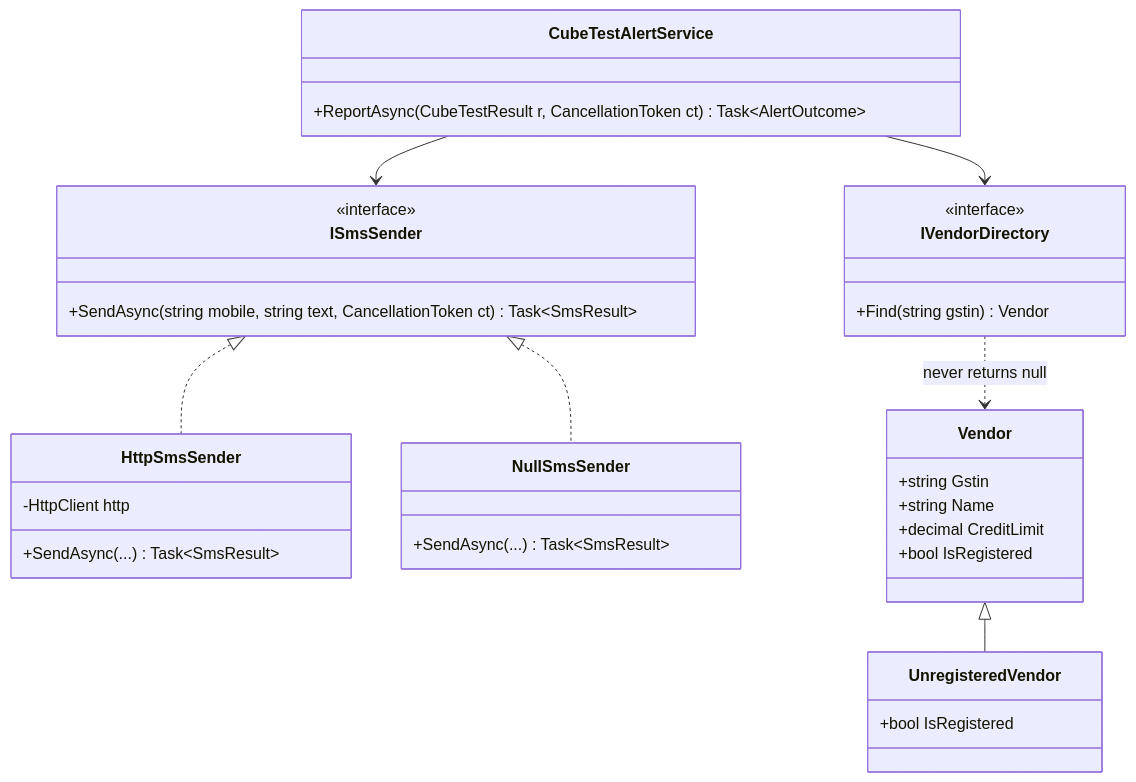
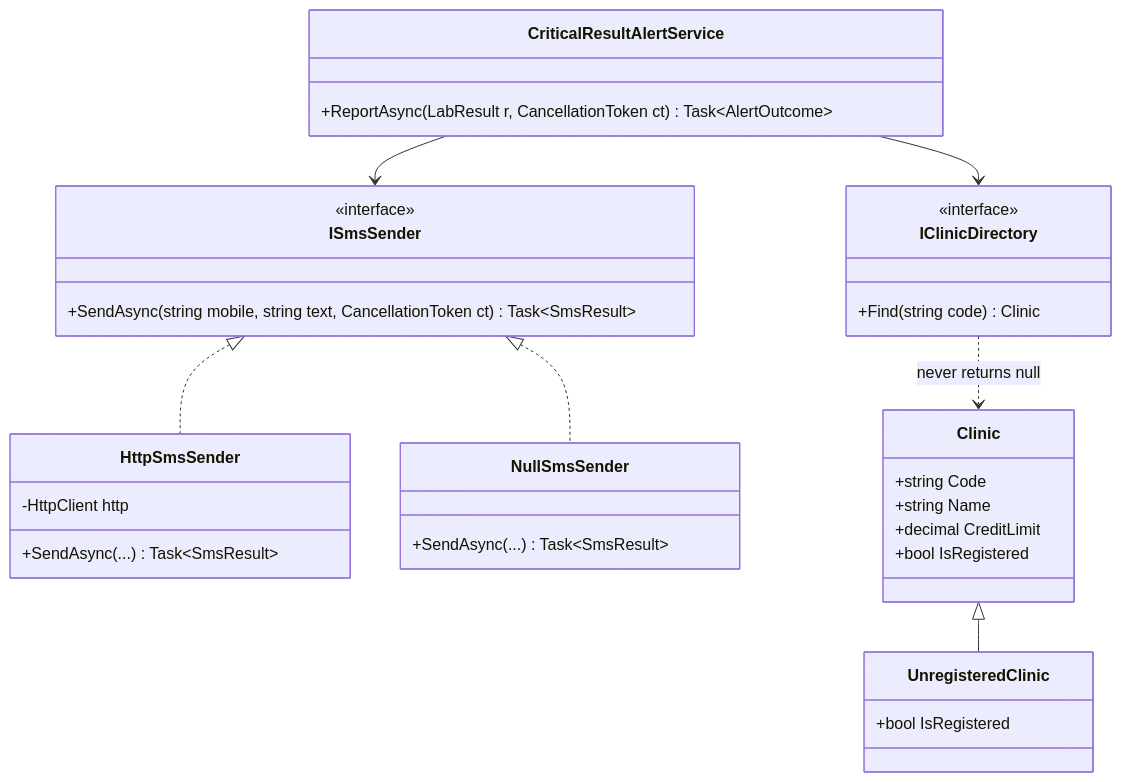
One commit to rizwi0786/system-design-lab changed the first of 2 diagrams in content/lessons/m06/m06-null-object.md. Above: the diagram before and after it, drawn with Mermaid. The commit also changed other lines of this file and 334 other files, not shown here.

````diff
--- a/content/lessons/m06/m06-null-object.md
+++ b/content/lessons/m06/m06-null-object.md
@@ -178,36 +178,36 @@
 ```mermaid
 classDiagram
     class ISmsSender {
         <<interface>>
         +SendAsync(string mobile, string text, CancellationToken ct) Task~SmsResult~
     }
     class HttpSmsSender {
         -HttpClient http
         +SendAsync(...) Task~SmsResult~
     }
     class NullSmsSender {
         +SendAsync(...) Task~SmsResult~
     }
-    class Vendor {
-        +string Gstin
+    class Clinic {
+        +string Code
         +string Name
         +decimal CreditLimit
         +bool IsRegistered
     }
-    class UnregisteredVendor {
+    class UnregisteredClinic {
         +bool IsRegistered
     }
-    class IVendorDirectory {
+    class IClinicDirectory {
         <<interface>>
-        +Find(string gstin) Vendor
+        +Find(string code) Clinic
     }
-    class CubeTestAlertService {
-        +ReportAsync(CubeTestResult r, CancellationToken ct) Task~AlertOutcome~
+    class CriticalResultAlertService {
+        +ReportAsync(LabResult r, CancellationToken ct) Task~AlertOutcome~
     }
     ISmsSender <|.. HttpSmsSender
     ISmsSender <|.. NullSmsSender
-    Vendor <|-- UnregisteredVendor
-    CubeTestAlertService --> ISmsSender
-    CubeTestAlertService --> IVendorDirectory
-    IVendorDirectory ..> Vendor : never returns null
+    Clinic <|-- UnregisteredClinic
+    CriticalResultAlertService --> ISmsSender
+    CriticalResultAlertService --> IClinicDirectory
+    IClinicDirectory ..> Clinic : never returns null
 ```
````
